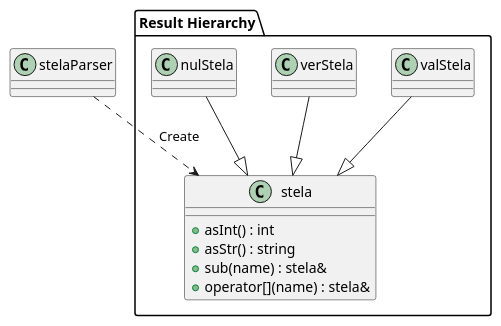
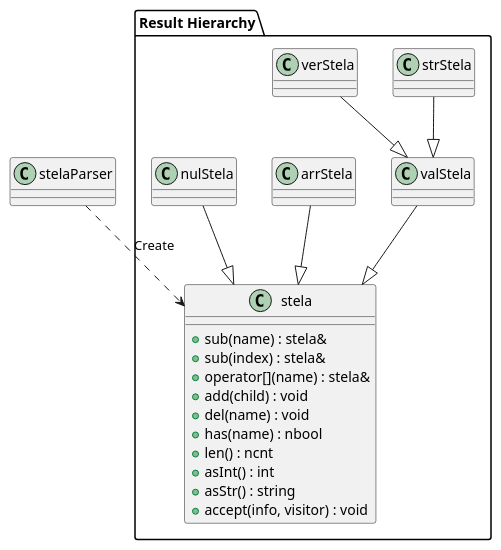
One commit to byeolang/byeol changed the second of 5 diagrams in doc/ref/ko/aj-architecture-stela.md. Above: the diagram before and after it, drawn with PlantUML. The commit also changed other lines of this file and 1 other file, not shown here.

First line of the commit message:
doc(stela): document arrays, the visitor and the writer

```diff
--- a/doc/ref/ko/aj-architecture-stela.md
+++ b/doc/ref/ko/aj-architecture-stela.md
@@ -116,21 +153,31 @@
 @startuml
 package "Result Hierarchy" {
     class "stela" as stela {
+        + sub(name) : stela&
+        + sub(index) : stela&
+        + operator[](name) : stela&
+        + add(child) : void
+        + del(name) : void
+        + has(name) : nbool
+        + len() : ncnt
         + asInt() : int
         + asStr() : string
-        + sub(name) : stela&
-        + operator[](name) : stela&
+        + accept(info, visitor) : void
     }
 
     class "valStela" as valStela
+    class "strStela" as strStela
     class "verStela" as verStela
+    class "arrStela" as arrStela
     class "nulStela" as nulStela
 }
 
 stelaParser ..> stela : Create
 
 valStela --|> stela
-verStela --|> stela
+arrStela --|> stela
 nulStela --|> stela
+strStela --|> valStela
+verStela --|> valStela
 
 @enduml
```
